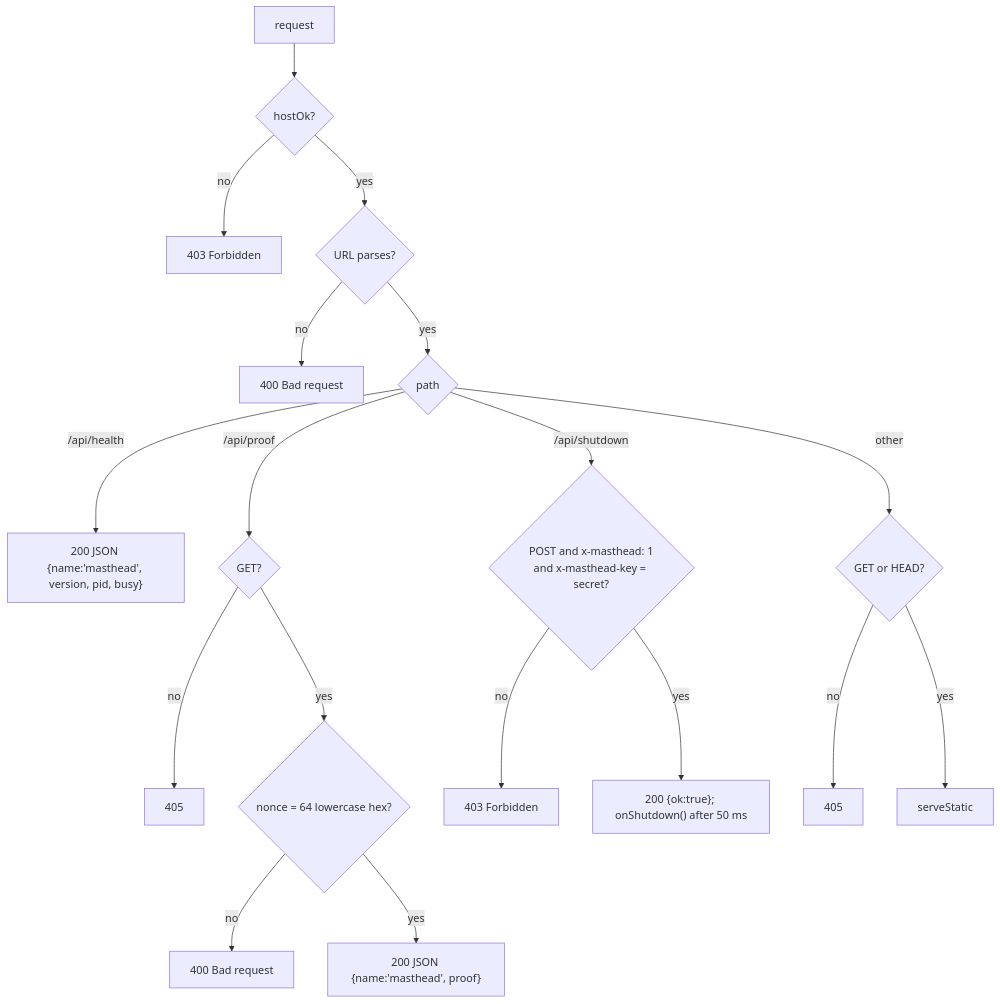
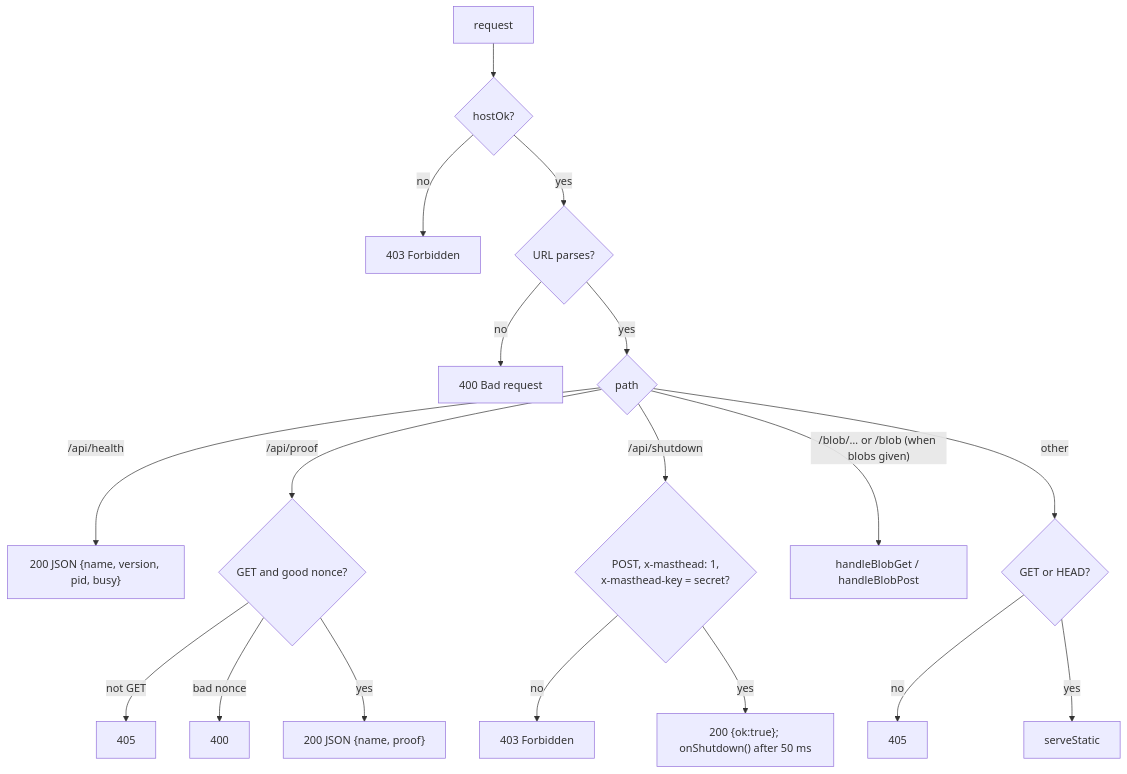
Before and after one commit to Luxorium/masthead: the diagram in docs/wiki/Source-Http.md, drawn with Mermaid. The commit also changed other lines of this file and 103 other files, not shown here.

````diff
--- a/docs/wiki/Source-Http.md
+++ b/docs/wiki/Source-Http.md
@@ -54,20 +60,20 @@
 ```mermaid
 flowchart TD
   R[request] --> H{hostOk?}
   H -- no --> F403[403 Forbidden]
   H -- yes --> U{"URL parses?"}
   U -- no --> F400u[400 Bad request]
   U -- yes --> P{path}
-  P -- "/api/health" --> HE["200 JSON {name:'masthead', version, pid, busy}"]
-  P -- "/api/proof" --> PM{GET?}
-  PM -- no --> F405b[405]
-  PM -- yes --> PN{"nonce = 64 lowercase hex?"}
-  PN -- no --> F400[400 Bad request]
-  PN -- yes --> PR["200 JSON {name:'masthead', proof}"]
-  P -- "/api/shutdown" --> SD{"POST and x-masthead: 1<br/>and x-masthead-key = secret?"}
+  P -- "/api/health" --> HE["200 JSON {name, version, pid, busy}"]
+  P -- "/api/proof" --> PM{GET and good nonce?}
+  PM -- "not GET" --> F405b[405]
+  PM -- "bad nonce" --> F400[400]
+  PM -- yes --> PR["200 JSON {name, proof}"]
+  P -- "/api/shutdown" --> SD{"POST, x-masthead: 1,<br/>x-masthead-key = secret?"}
   SD -- no --> F403b[403 Forbidden]
   SD -- yes --> SDO["200 {ok:true}; onShutdown() after 50 ms"]
+  P -- "/blob/… or /blob (when blobs given)" --> BL[handleBlobGet / handleBlobPost]
   P -- other --> M{GET or HEAD?}
   M -- no --> F405[405]
   M -- yes --> ST[serveStatic]
 ```
````
